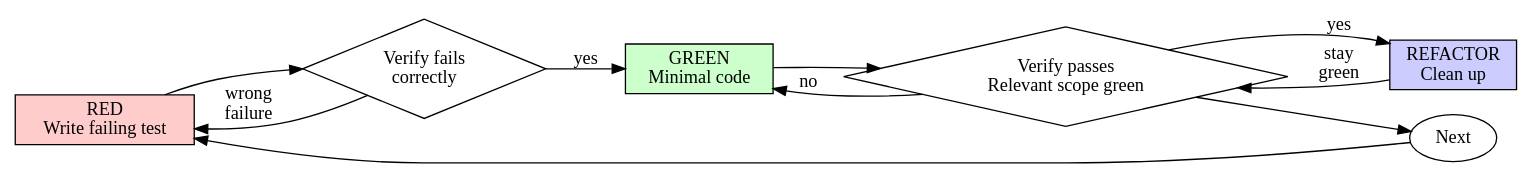
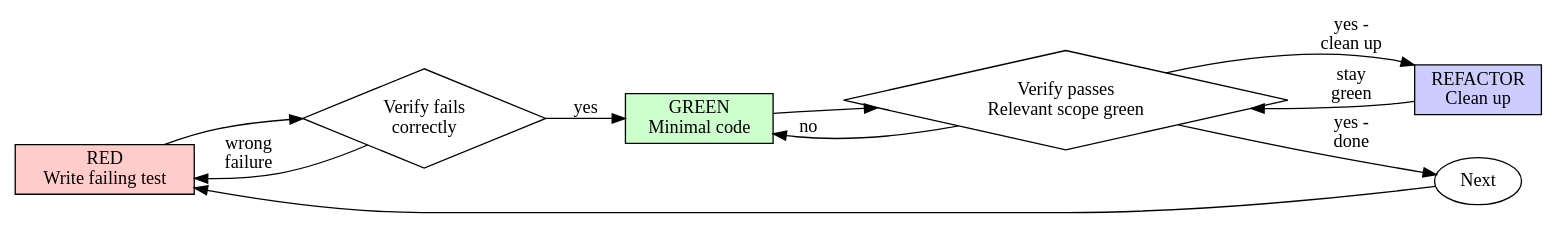
The diagram in skills/test-driven-development/SKILL.md (anortham/razorback), drawn with Graphviz before and after one commit. The commit also changed other lines of this file and 1 other file, not shown here.

````diff
--- a/skills/test-driven-development/SKILL.md
+++ b/skills/test-driven-development/SKILL.md
@@ -50,21 +50,21 @@
 ```dot
 digraph tdd_cycle {
     rankdir=LR;
     red [label="RED\nWrite failing test", shape=box, style=filled, fillcolor="#ffcccc"];
     verify_red [label="Verify fails\ncorrectly", shape=diamond];
     green [label="GREEN\nMinimal code", shape=box, style=filled, fillcolor="#ccffcc"];
     verify_green [label="Verify passes\nRelevant scope green", shape=diamond];
     refactor [label="REFACTOR\nClean up", shape=box, style=filled, fillcolor="#ccccff"];
     next [label="Next", shape=ellipse];
 
     red -> verify_red;
     verify_red -> green [label="yes"];
     verify_red -> red [label="wrong\nfailure"];
     green -> verify_green;
-    verify_green -> refactor [label="yes"];
+    verify_green -> refactor [label="yes -\nclean up"];
     verify_green -> green [label="no"];
     refactor -> verify_green [label="stay\ngreen"];
-    verify_green -> next;
+    verify_green -> next [label="yes -\ndone"];
     next -> red;
 }
 ```
````
